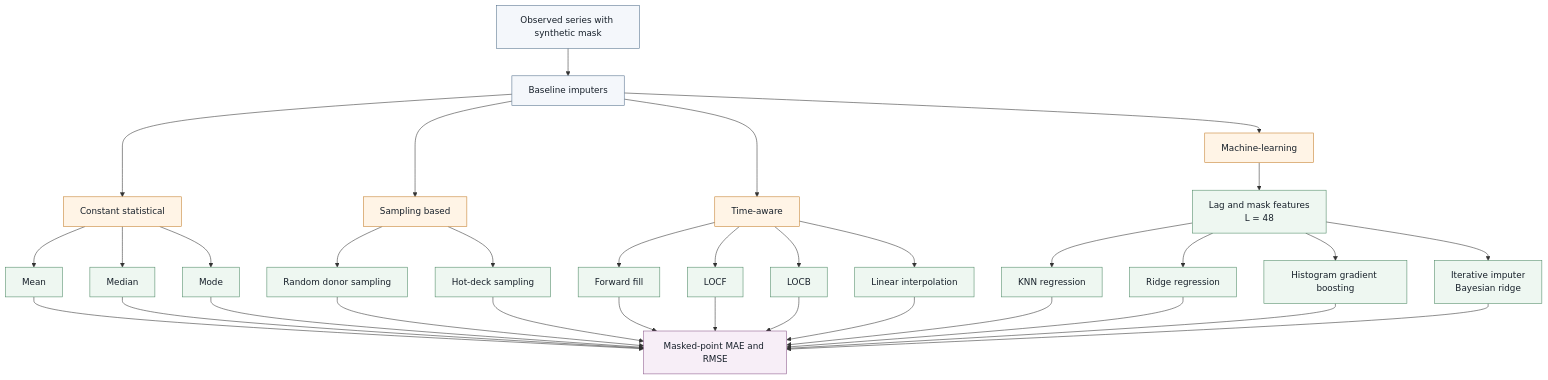
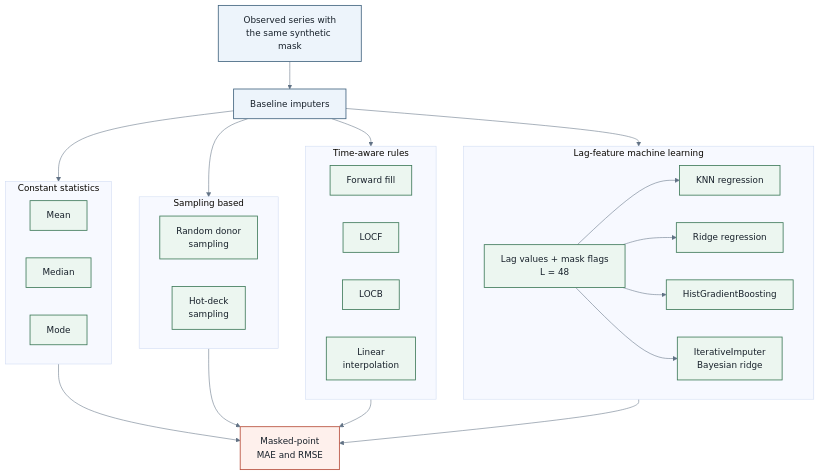
One commit to DevPrinceK/mphil changed the diagram in lvimputer/thesis/shapes/baseline_methods_taxonomy.mmd. Above: the diagram before and after it, drawn with Mermaid. The commit also changed 43 other files, not shown here.

```diff
--- a/lvimputer/thesis/shapes/baseline_methods_taxonomy.mmd
+++ b/lvimputer/thesis/shapes/baseline_methods_taxonomy.mmd
@@ -1,48 +1,49 @@
 %% Figure 3.4: Baseline method groups used for comparison
+%% Grouped by modelling assumption so the reader sees why each family is present.
+%%{init: {"theme": "base", "themeVariables": {"fontFamily": "Segoe UI, Arial, sans-serif", "background": "transparent", "primaryTextColor": "#17202a", "lineColor": "#617285"}}}%%
 flowchart TB
-    A[Observed series with synthetic mask] --> B[Baseline imputers]
+    A["Observed series with<br/>the same synthetic mask"] --> B["Baseline imputers"]
 
-    B --> C[Constant statistical]
-    C --> C1[Mean]
-    C --> C2[Median]
-    C --> C3[Mode]
+    subgraph Constant["Constant statistics"]
+        C1["Mean"]
+        C2["Median"]
+        C3["Mode"]
+    end
 
-    B --> D[Sampling based]
-    D --> D1[Random donor sampling]
-    D --> D2[Hot-deck sampling]
+    subgraph Sampling["Sampling based"]
+        D1["Random donor<br/>sampling"]
+        D2["Hot-deck<br/>sampling"]
+    end
 
-    B --> E[Time-aware]
-    E --> E1[Forward fill]
-    E --> E2[LOCF]
-    E --> E3[LOCB]
-    E --> E4[Linear interpolation]
+    subgraph TimeAware["Time-aware rules"]
+        E1["Forward fill"]
+        E2["LOCF"]
+        E3["LOCB"]
+        E4["Linear<br/>interpolation"]
+    end
 
-    B --> F[Machine-learning]
-    F --> F1[Lag and mask features<br/>L = 48]
-    F1 --> F2[KNN regression]
-    F1 --> F3[Ridge regression]
-    F1 --> F4[Histogram gradient boosting]
-    F1 --> F5[Iterative imputer<br/>Bayesian ridge]
+    subgraph ML["Lag-feature machine learning"]
+        F1["Lag values + mask flags<br/>L = 48"]
+        F1 --> F2["KNN regression"]
+        F1 --> F3["Ridge regression"]
+        F1 --> F4["HistGradientBoosting"]
+        F1 --> F5["IterativeImputer<br/>Bayesian ridge"]
+    end
 
-    C1 --> G[Masked-point MAE and RMSE]
-    C2 --> G
-    C3 --> G
-    D1 --> G
-    D2 --> G
-    E1 --> G
-    E2 --> G
-    E3 --> G
-    E4 --> G
-    F2 --> G
-    F3 --> G
-    F4 --> G
-    F5 --> G
+    B --> Constant
+    B --> Sampling
+    B --> TimeAware
+    B --> ML
 
-    classDef input fill:#f4f7fb,stroke:#54708c,color:#17202a;
-    classDef group fill:#fff4e6,stroke:#c47f2c,color:#17202a;
-    classDef method fill:#eef7f1,stroke:#4f8a66,color:#17202a;
-    classDef eval fill:#f7eef7,stroke:#8b5a8c,color:#17202a;
+    Constant --> G["Masked-point<br/>MAE and RMSE"]
+    Sampling --> G
+    TimeAware --> G
+    ML --> G
+
+    classDef input fill:#edf4fb,stroke:#42647f,stroke-width:1.5px,color:#17202a;
+    classDef group fill:#fff4df,stroke:#b37219,stroke-width:1.5px,color:#17202a;
+    classDef method fill:#ecf6f0,stroke:#3f7a5a,stroke-width:1.5px,color:#17202a;
+    classDef eval fill:#fef0ec,stroke:#b64c39,stroke-width:1.5px,color:#17202a;
     class A,B input;
-    class C,D,E,F group;
     class C1,C2,C3,D1,D2,E1,E2,E3,E4,F1,F2,F3,F4,F5 method;
     class G eval;
```
